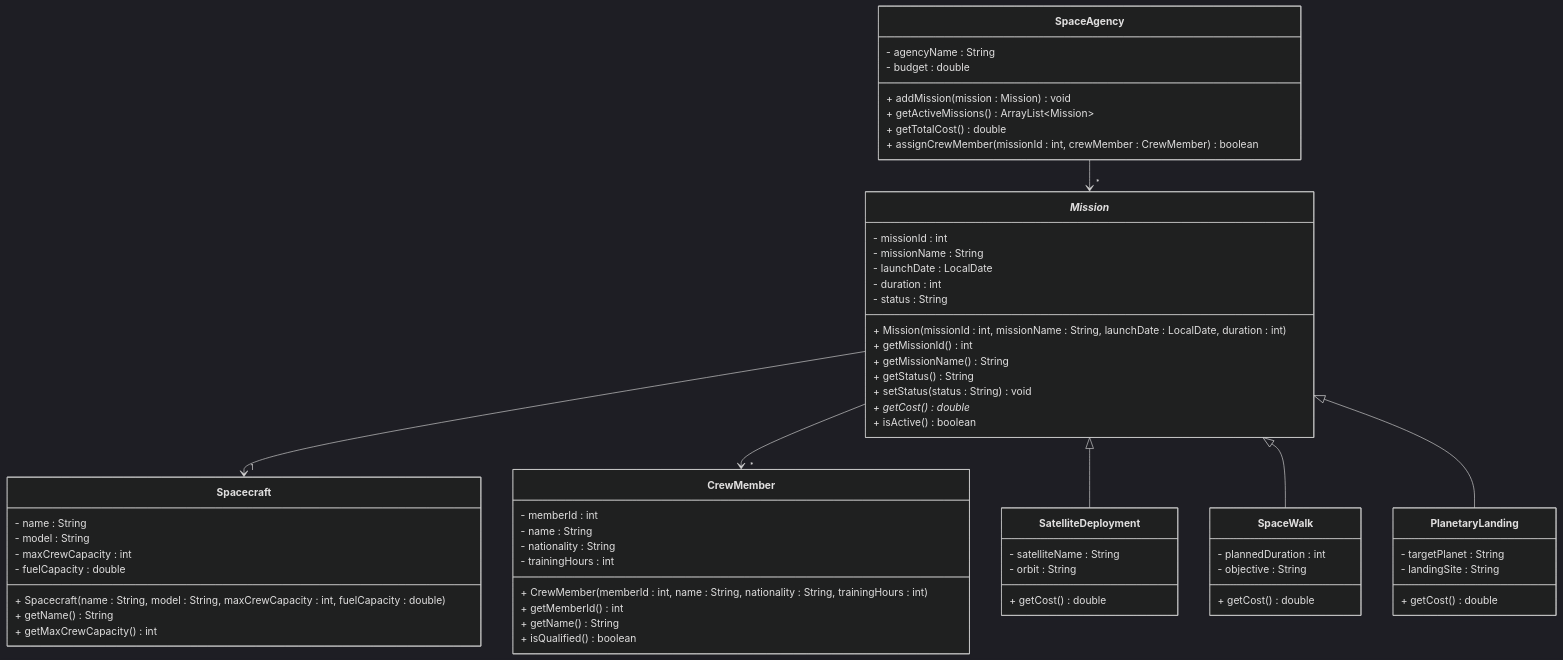
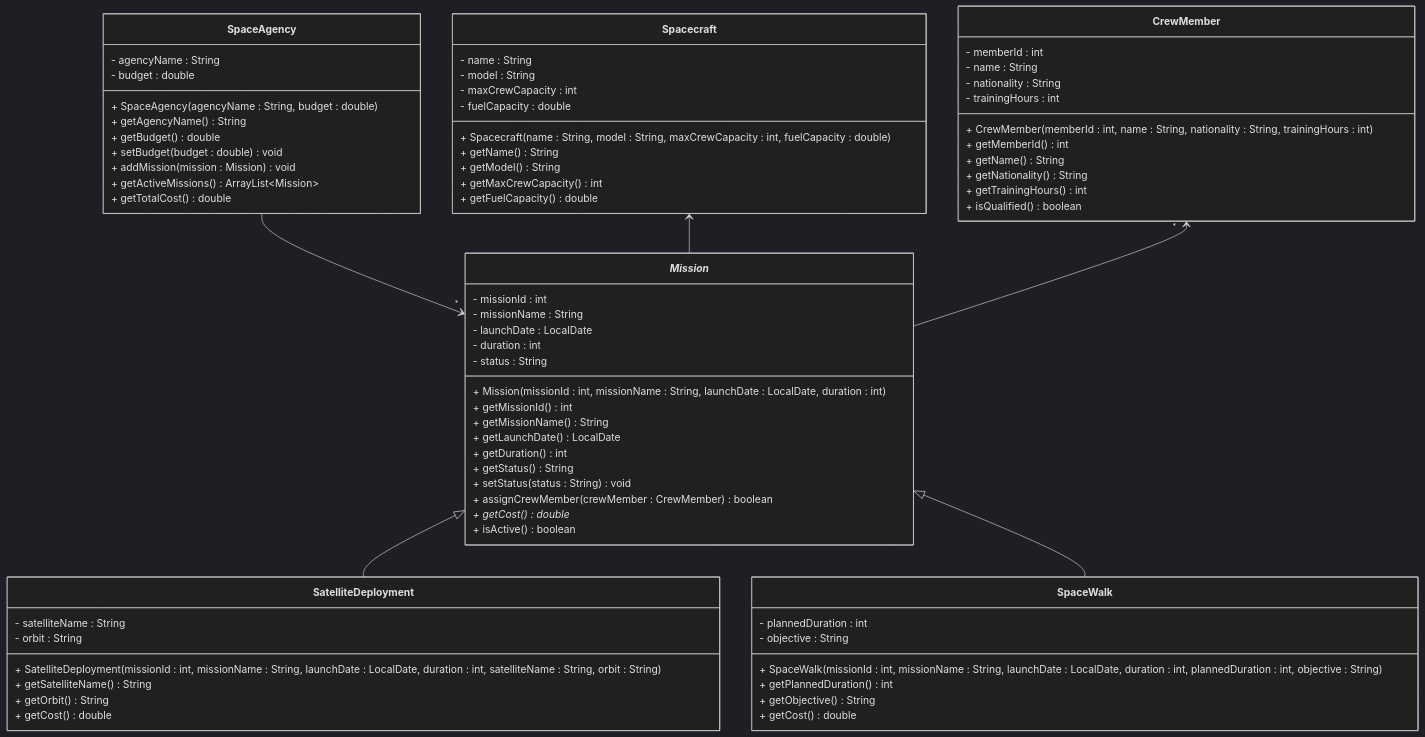
The diagram in Articles/Session 24 - Exam/018 Exercise 17 - Space Mission.md (TroelsMortensen/Codelabs2), drawn with Mermaid (dark theme) before and after one commit. The commit also changed other lines of this file and 2 other files, not shown here.

````diff
--- a/Articles/Session 24 - Exam/018 Exercise 17 - Space Mission.md
+++ b/Articles/Session 24 - Exam/018 Exercise 17 - Space Mission.md
@@ -5,72 +5,81 @@
 ```mermaid
 classDiagram
     class SpaceAgency {
         - agencyName : String
         - budget : double
+        + SpaceAgency(agencyName : String, budget : double)
+        + getAgencyName() String
+        + getBudget() double
+        + setBudget(budget : double) void
         + addMission(mission : Mission) void
         + getActiveMissions() ArrayList~Mission~
         + getTotalCost() double
-        + assignCrewMember(missionId : int, crewMember : CrewMember) boolean
     }
     
     class _Mission_ {
         - missionId : int
         - missionName : String
         - launchDate : LocalDate
         - duration : int
         - status : String
         + Mission(missionId : int, missionName : String, launchDate : LocalDate, duration : int)
         + getMissionId() int
         + getMissionName() String
+        + getLaunchDate() LocalDate
+        + getDuration() int
         + getStatus() String
         + setStatus(status : String) void
+        + assignCrewMember(crewMember : CrewMember) boolean
         + getCost()* double
         + isActive() boolean
     }
     
     class CrewMember {
         - memberId : int
         - name : String
         - nationality : String
         - trainingHours : int
         + CrewMember(memberId : int, name : String, nationality : String, trainingHours : int)
         + getMemberId() int
         + getName() String
+        + getNationality() String
+        + getTrainingHours() int
         + isQualified() boolean
     }
     
     class Spacecraft {
         - name : String
         - model : String
         - maxCrewCapacity : int
         - fuelCapacity : double
         + Spacecraft(name : String, model : String, maxCrewCapacity : int, fuelCapacity : double)
         + getName() String
+        + getModel() String
         + getMaxCrewCapacity() int
+        + getFuelCapacity() double
     }
     
     class SatelliteDeployment {
         - satelliteName : String
         - orbit : String
+        + SatelliteDeployment(missionId : int, missionName : String, launchDate : LocalDate, duration : int, satelliteName : String, orbit : String)
+        + getSatelliteName() String
+        + getOrbit() String
         + getCost() double
     }
     
     class SpaceWalk {
         - plannedDuration : int
         - objective : String
-        + getCost() double
-    }
-    
-    class PlanetaryLanding {
-        - targetPlanet : String
-        - landingSite : String
+        + SpaceWalk(missionId : int, missionName : String, launchDate : LocalDate, duration : int, plannedDuration : int, objective : String)
+        + getPlannedDuration() int
+        + getObjective() String
         + getCost() double
     }
     
     SpaceAgency --> "*" _Mission_
-    _Mission_ --> "1" Spacecraft
-    _Mission_ --> "*" CrewMember
+    Spacecraft <-- _Mission_
+    CrewMember "*" <-- _Mission_
     _Mission_ <|-- SatelliteDeployment
     _Mission_ <|-- SpaceWalk
-    _Mission_ <|-- PlanetaryLanding
 ```
````
